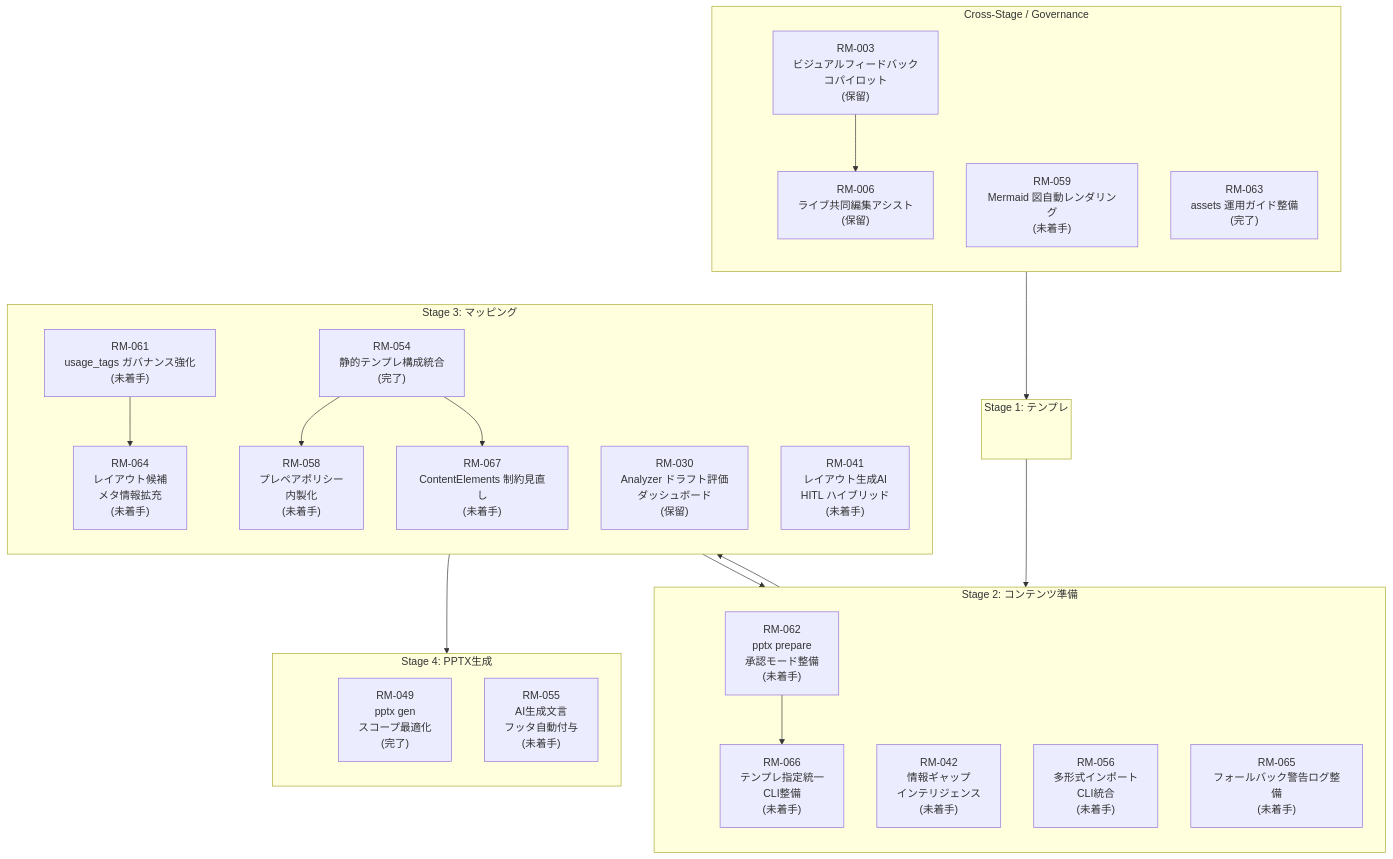
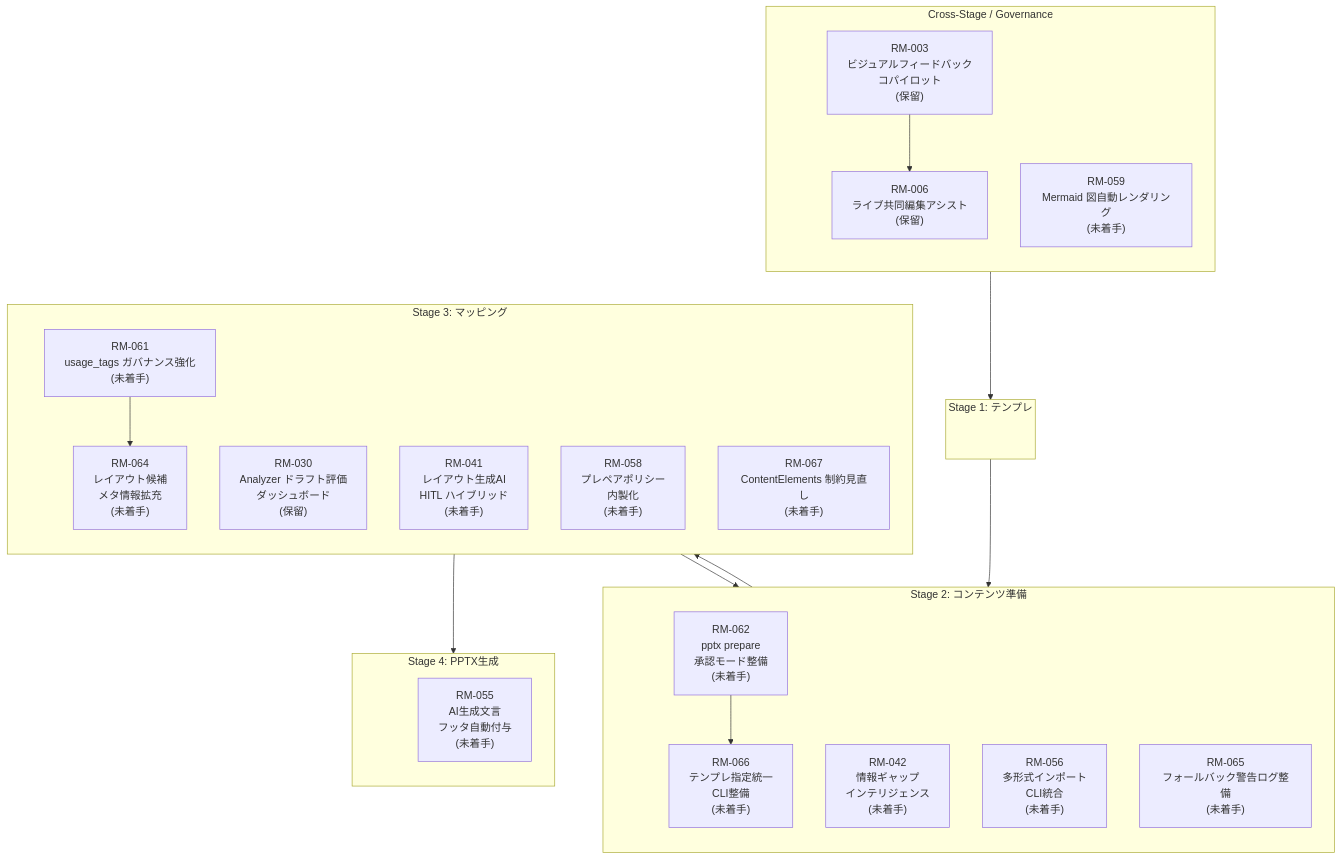
The diagram in docs/roadmap/roadmap.md (yurake/pptx_generator), drawn with Mermaid before and after one commit. The commit also changed other lines of this file and 11 other files, not shown here.

````diff
--- a/docs/roadmap/roadmap.md
+++ b/docs/roadmap/roadmap.md
@@ -25,60 +25,55 @@
 ```mermaid
 flowchart TB
     subgraph GOV["Cross-Stage / Governance"]
         direction TB
         GOV_ANCHOR(( ))
         RM003["RM-003<br/>ビジュアルフィードバック<br/>コパイロット<br/>(保留)"]
         RM006["RM-006<br/>ライブ共同編集アシスト<br/>(保留)"]
         RM059["RM-059<br/>Mermaid 図自動レンダリング<br/>(未着手)"]
-        RM063["RM-063<br/>assets 運用ガイド整備<br/>(完了)"]
     end
 
     subgraph ST1["Stage 1: テンプレ"]
         direction TB
         ST1_ANCHOR(( ))
     end
 
     subgraph ST2["Stage 2: コンテンツ準備"]
         direction TB
         ST2_ANCHOR(( ))
         RM042["RM-042<br/>情報ギャップ<br/>インテリジェンス<br/>(未着手)"]
         RM056["RM-056<br/>多形式インポート<br/>CLI統合<br/>(未着手)"]
         RM062["RM-062<br/>pptx prepare<br/>承認モード整備<br/>(未着手)"]
         RM065["RM-065<br/>フォールバック警告ログ整備<br/>(未着手)"]
         RM066["RM-066<br/>テンプレ指定統一<br/>CLI整備<br/>(未着手)"]
     end
 
     subgraph ST3["Stage 3: マッピング"]
         direction TB
         ST3_ANCHOR(( ))
         RM030["RM-030<br/>Analyzer ドラフト評価<br/>ダッシュボード<br/>(保留)"]
         RM041["RM-041<br/>レイアウト生成AI<br/>HITL ハイブリッド<br/>(未着手)"]
-        RM054["RM-054<br/>静的テンプレ構成統合<br/>(完了)"]
         RM058["RM-058<br/>プレペアポリシー<br/>内製化<br/>(未着手)"]
         RM061["RM-061<br/>usage_tags ガバナンス強化<br/>(未着手)"]
         RM064["RM-064<br/>レイアウト候補<br/>メタ情報拡充<br/>(未着手)"]
         RM067["RM-067<br/>ContentElements 制約見直し<br/>(未着手)"]
     end
 
     subgraph ST4["Stage 4: PPTX生成"]
         direction TB
         ST4_ANCHOR(( ))
-        RM049["RM-049<br/>pptx gen<br/>スコープ最適化<br/>(完了)"]
         RM055["RM-055<br/>AI生成文言<br/>フッタ自動付与<br/>(未着手)"]
     end
 
     style GOV_ANCHOR fill:transparent,stroke:transparent
     style ST1_ANCHOR fill:transparent,stroke:transparent
     style ST2_ANCHOR fill:transparent,stroke:transparent
     style ST3_ANCHOR fill:transparent,stroke:transparent
     style ST4_ANCHOR fill:transparent,stroke:transparent
 
     GOV_ANCHOR --> ST1_ANCHOR --> ST2_ANCHOR --> ST3_ANCHOR --> ST4_ANCHOR
 
     RM003 --> RM006
     RM061 --> RM064
     RM064 --> RM065
     RM062 --> RM066
-    RM054 --> RM058
-    RM054 --> RM067
 ```
````
